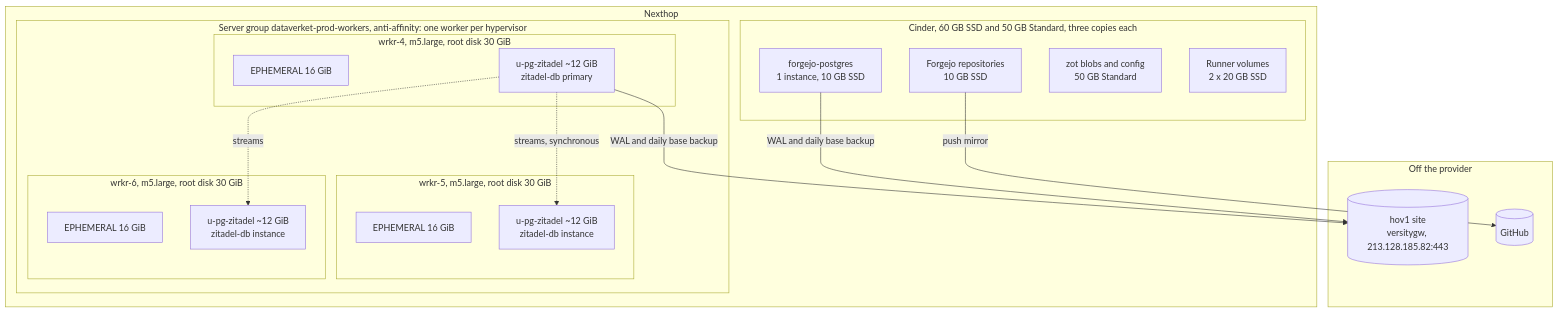
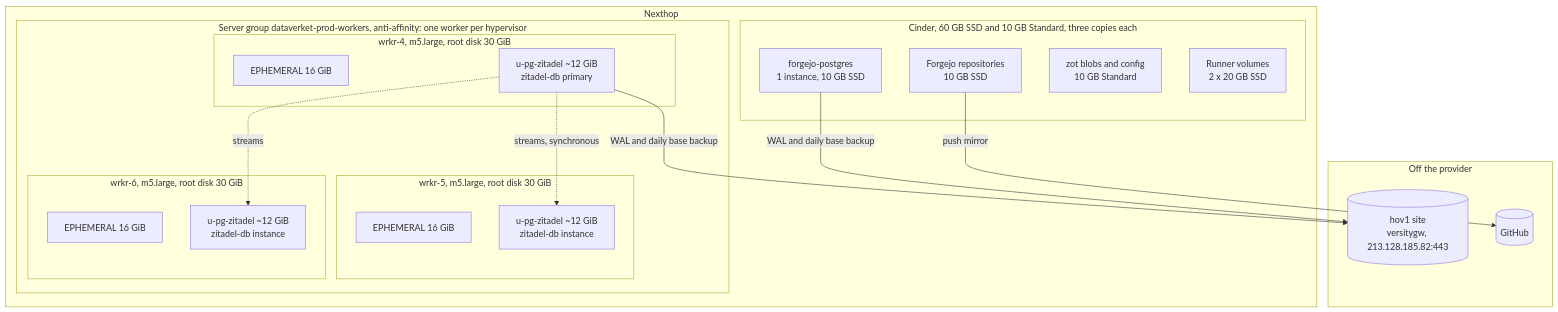
Before and after one commit to dataverket-org/fabrikk-infra: the second of 2 diagrams in docs/plans/2026-09-storage-building-blocks.md, drawn with Mermaid. The commit also changed other lines of this file, not shown here.

First line of the commit message:
docs(plans): zot holds 44 MiB, so its Standard volume is 10 GB

````diff
--- a/docs/plans/2026-09-storage-building-blocks.md
+++ b/docs/plans/2026-09-storage-building-blocks.md
@@ -96,34 +96,34 @@
 ```mermaid
 flowchart TB
   subgraph nexthop["Nexthop"]
     subgraph group["Server group dataverket-prod-workers, anti-affinity: one worker per hypervisor"]
       subgraph w4["wrkr-4, m5.large, root disk 30 GiB"]
         e4["EPHEMERAL 16 GiB"]
         z4["u-pg-zitadel ~12 GiB<br/>zitadel-db primary"]
       end
       subgraph w5["wrkr-5, m5.large, root disk 30 GiB"]
         e5["EPHEMERAL 16 GiB"]
         z5["u-pg-zitadel ~12 GiB<br/>zitadel-db instance"]
       end
       subgraph w6["wrkr-6, m5.large, root disk 30 GiB"]
         e6["EPHEMERAL 16 GiB"]
         z6["u-pg-zitadel ~12 GiB<br/>zitadel-db instance"]
       end
     end
-    subgraph cinder["Cinder, 60 GB SSD and 50 GB Standard, three copies each"]
+    subgraph cinder["Cinder, 60 GB SSD and 10 GB Standard, three copies each"]
       fpg["forgejo-postgres<br/>1 instance, 10 GB SSD"]
       repo["Forgejo repositories<br/>10 GB SSD"]
-      zot["zot blobs and config<br/>50 GB Standard"]
+      zot["zot blobs and config<br/>10 GB Standard"]
       run["Runner volumes<br/>2 x 20 GB SSD"]
     end
   end
   subgraph off["Off the provider"]
     hov1[("hov1 site<br/>versitygw, 213.128.185.82:443")]
     gh[("GitHub")]
   end
   repo -- "push mirror" --> gh
   z4 -. "streams, synchronous" .-> z5
   z4 -. "streams" .-> z6
   fpg -- "WAL and daily base backup" --> hov1
   z4 -- "WAL and daily base backup" --> hov1
 ```
````
